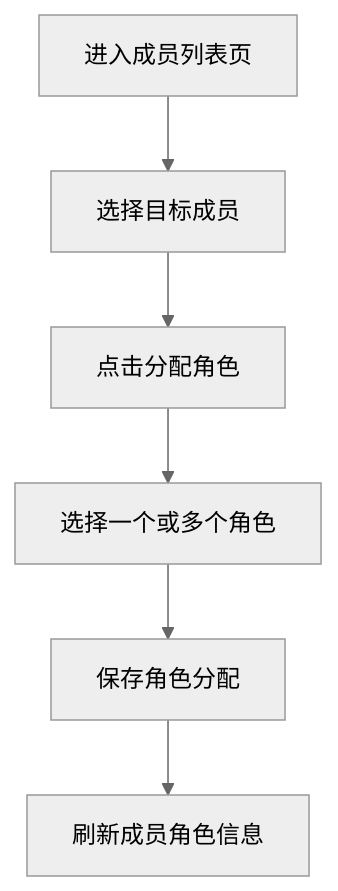
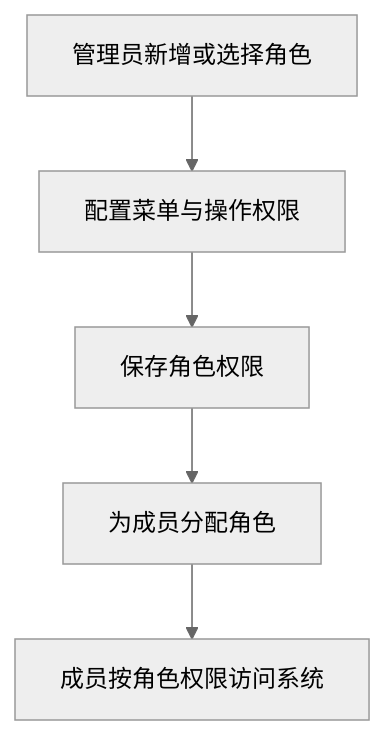
Before and after one commit to ZengMC-22381/ToB_PM_Skill: the second of 2 diagrams in examples/role-permission-management-prd.md, drawn with Mermaid (neutral theme). The commit also changed other lines of this file and 8 other files, not shown here.

````diff
--- a/examples/role-permission-management-prd.md
+++ b/examples/role-permission-management-prd.md
@@ -327,8 +72,7 @@
 ```mermaid
 flowchart TD
-    A[进入成员列表页] --> B[选择目标成员]
-    B --> C[点击分配角色]
-    C --> D[选择一个或多个角色]
-    D --> E[保存角色分配]
-    E --> F[刷新成员角色信息]
+    A[管理员新增或选择角色] --> B[配置菜单与操作权限]
+    B --> C[保存角色权限]
+    C --> D[为成员分配角色]
+    D --> E[成员按角色权限访问系统]
 ```
````
